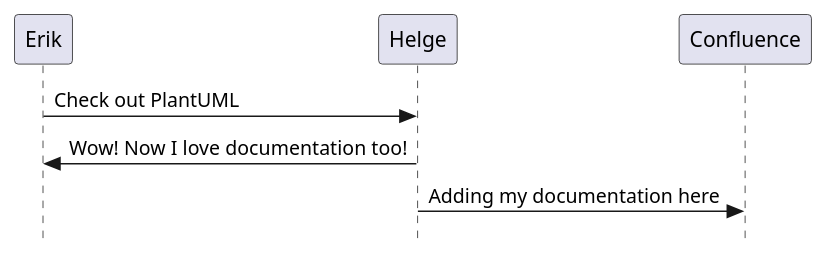
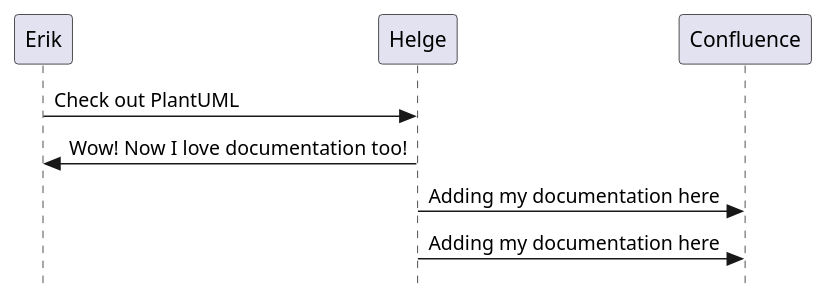
One commit to dereri/plantumldemo changed the diagram in sequence.puml. Above: the diagram before and after it, drawn with PlantUML.

```diff
--- a/sequence.puml
+++ b/sequence.puml
@@ -1,6 +1,7 @@
 @startuml PlantUML demo
 skinparam Style strictuml
 Erik -> Helge : Check out PlantUML
 Helge -> Erik : Wow! Now I love documentation too!
 Helge -> Confluence : Adding my documentation here
+Helge -> Confluence : Adding my documentation here
 @enduml
```
